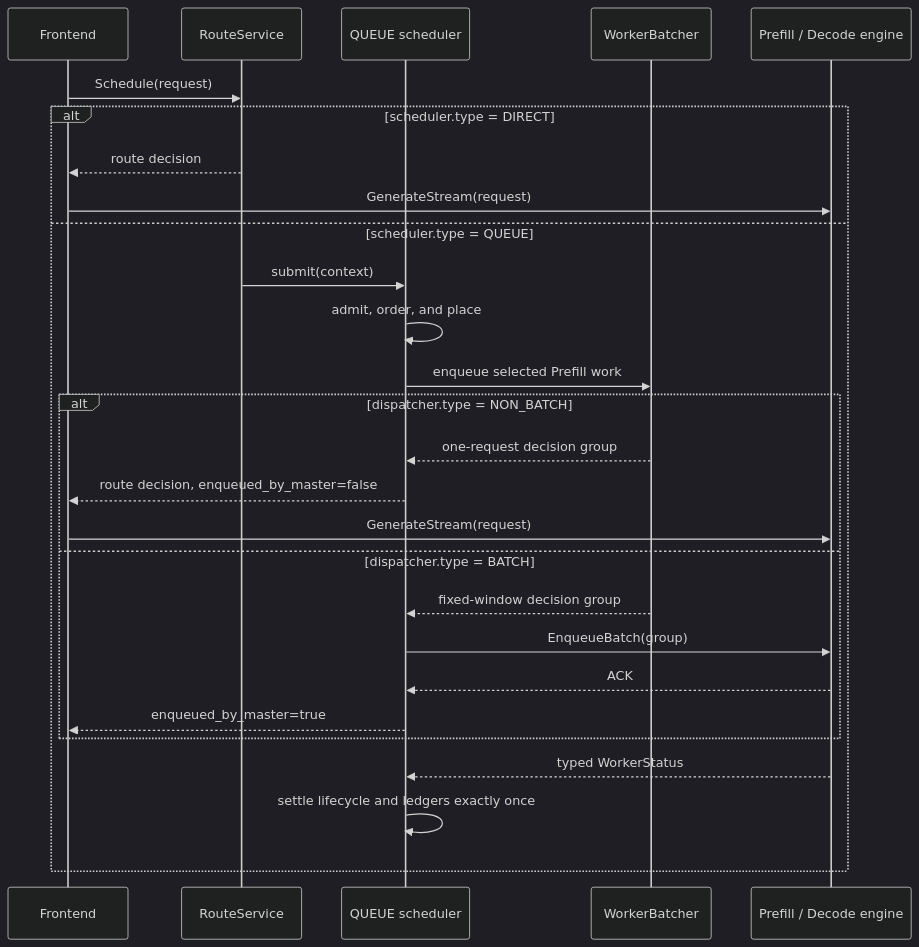
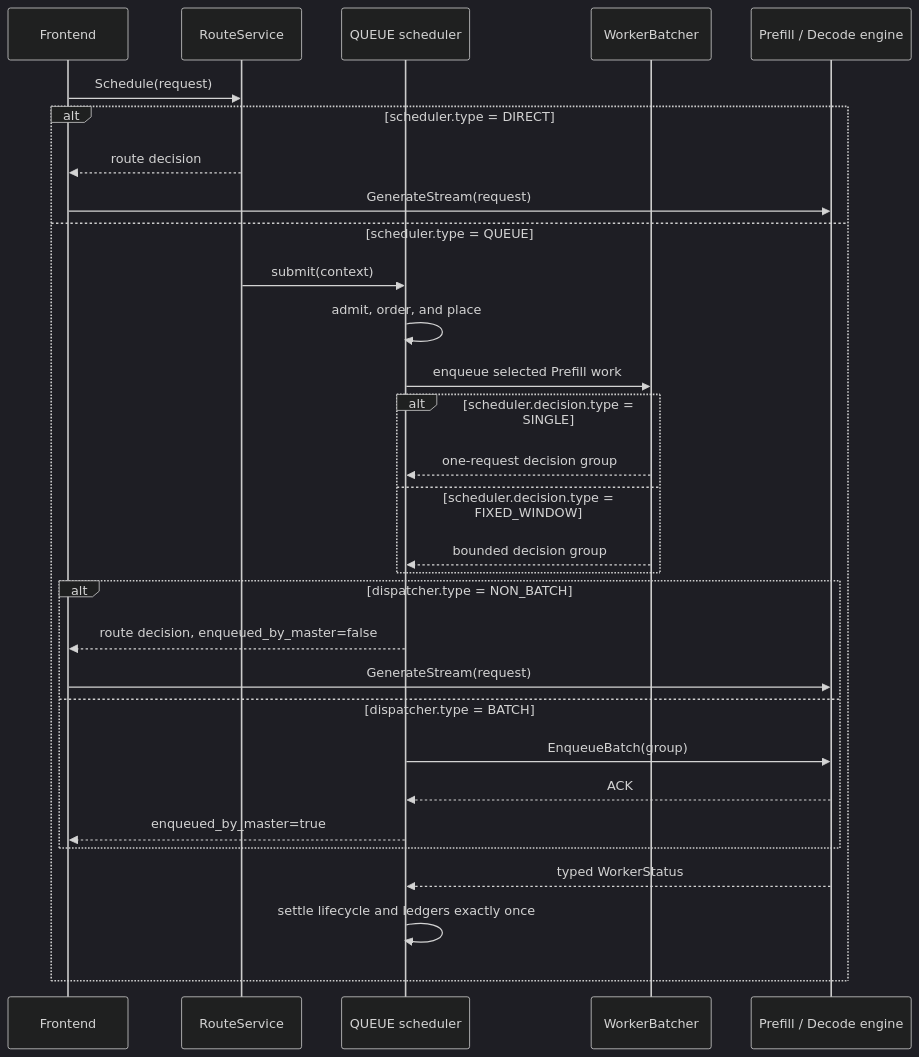
Before and after one commit to alibaba/rtp-llm: the second of 2 diagrams in rtp_llm/flexlb/docs/priority-scheduler-delivery-modes.md, drawn with Mermaid (dark theme). The commit also changed other lines of this file and 45 other files, not shown here.

````diff
--- a/rtp_llm/flexlb/docs/priority-scheduler-delivery-modes.md
+++ b/rtp_llm/flexlb/docs/priority-scheduler-delivery-modes.md
@@ -62,30 +66,33 @@
 ```mermaid
 sequenceDiagram
     participant F as Frontend
     participant R as RouteService
     participant S as QUEUE scheduler
     participant W as WorkerBatcher
     participant E as Prefill / Decode engine
 
     F->>R: Schedule(request)
     alt scheduler.type = DIRECT
         R-->>F: route decision
         F->>E: GenerateStream(request)
     else scheduler.type = QUEUE
         R->>S: submit(context)
         S->>S: admit, order, and place
         S->>W: enqueue selected Prefill work
+        alt scheduler.decision.type = SINGLE
+            W-->>S: one-request decision group
+        else scheduler.decision.type = FIXED_WINDOW
+            W-->>S: bounded decision group
+        end
         alt dispatcher.type = NON_BATCH
-            W-->>S: one-request decision group
             S-->>F: route decision, enqueued_by_master=false
             F->>E: GenerateStream(request)
         else dispatcher.type = BATCH
-            W-->>S: fixed-window decision group
             S->>E: EnqueueBatch(group)
             E-->>S: ACK
             S-->>F: enqueued_by_master=true
         end
         E-->>S: typed WorkerStatus
         S->>S: settle lifecycle and ledgers exactly once
     end
 ```
````
